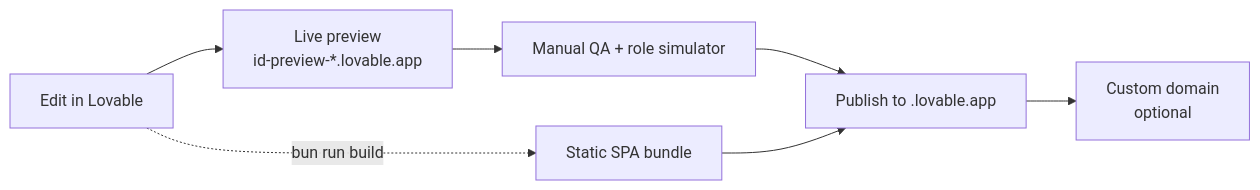
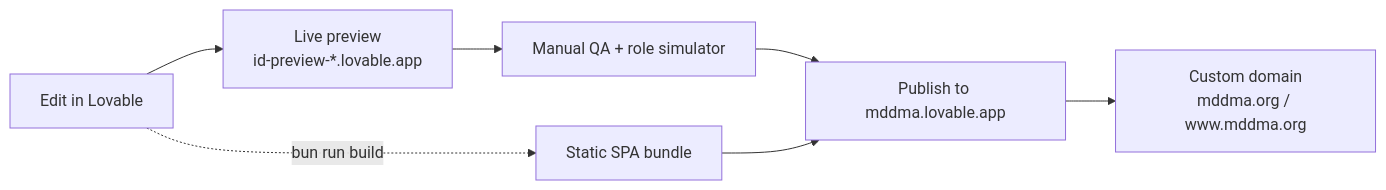
Before and after one commit to arka97/mddma-test: the first of 2 diagrams in src/content/docs/06-build-and-operations.md, drawn with Mermaid. The commit also changed other lines of this file and 6 other files, not shown here.

````diff
--- a/src/content/docs/06-build-and-operations.md
+++ b/src/content/docs/06-build-and-operations.md
@@ -75,9 +85,9 @@
 ```mermaid
 flowchart LR
   Edit[Edit in Lovable] --> Preview[Live preview<br/>id-preview-*.lovable.app]
   Preview --> Verify[Manual QA + role simulator]
-  Verify --> Publish[Publish to .lovable.app]
-  Publish --> Domain[Custom domain<br/>optional]
+  Verify --> Publish[Publish to mddma.lovable.app]
+  Publish --> Domain[Custom domain<br/>mddma.org / www.mddma.org]
   Edit -.bun run build.-> Static[Static SPA bundle]
   Static --> Publish
 ```
````
